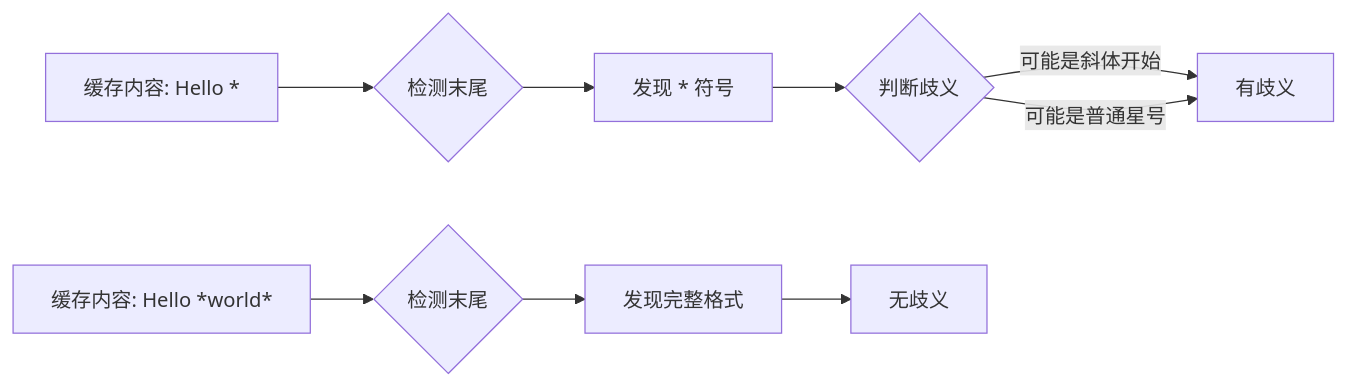
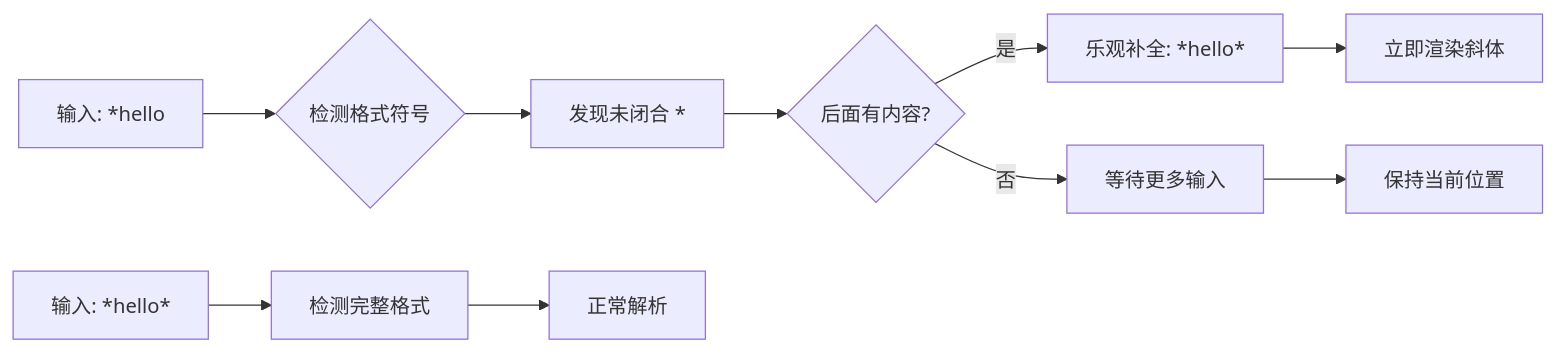
The fourth of 10 diagrams in ARCHITECTURE.md (yarnovo/markdown-river), drawn with Mermaid before and after one commit. The commit also changed other lines of this file and 5 other files, not shown here.

````diff
--- a/ARCHITECTURE.md
+++ b/ARCHITECTURE.md
@@ -228,12 +246,14 @@
 ```mermaid
 graph LR
-    A["缓存内容: Hello *"] --> B{检测末尾}
-    B --> C[发现 * 符号]
-    C --> D{判断歧义}
-    D -->|可能是斜体开始| E[有歧义]
-    D -->|可能是普通星号| E
+    A["输入: *hello"] --> B{检测格式符号}
+    B --> C[发现未闭合 *]
+    C --> D{后面有内容?}
+    D -->|是| E[乐观补全: *hello*]
+    D -->|否| F[等待更多输入]
 
-    F["缓存内容: Hello *world*"] --> G{检测末尾}
-    G --> H[发现完整格式]
-    H --> I[无歧义]
+    E --> G[立即渲染斜体]
+    F --> H[保持当前位置]
+
+    I["输入: *hello*"] --> J[检测完整格式]
+    J --> K[正常解析]
 ```
````
